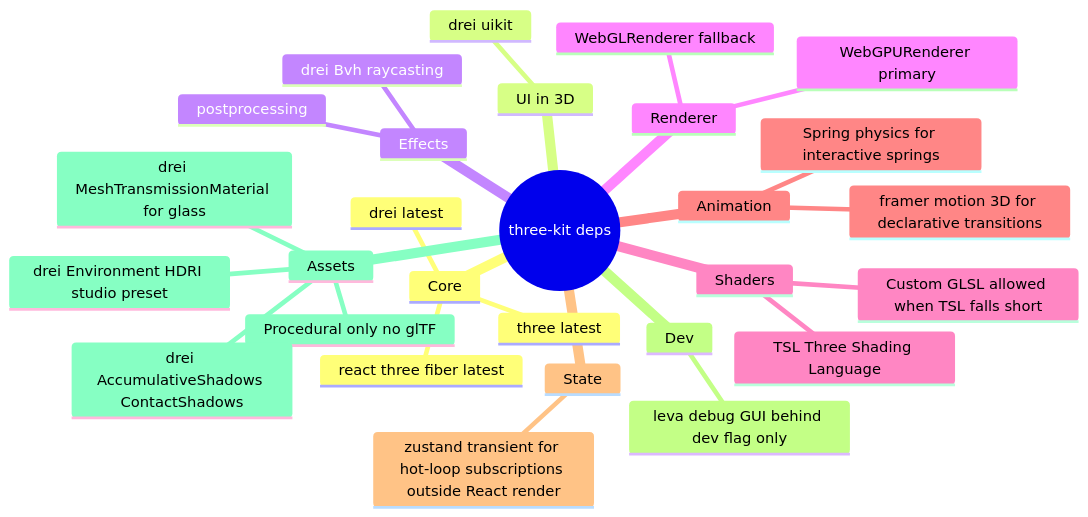
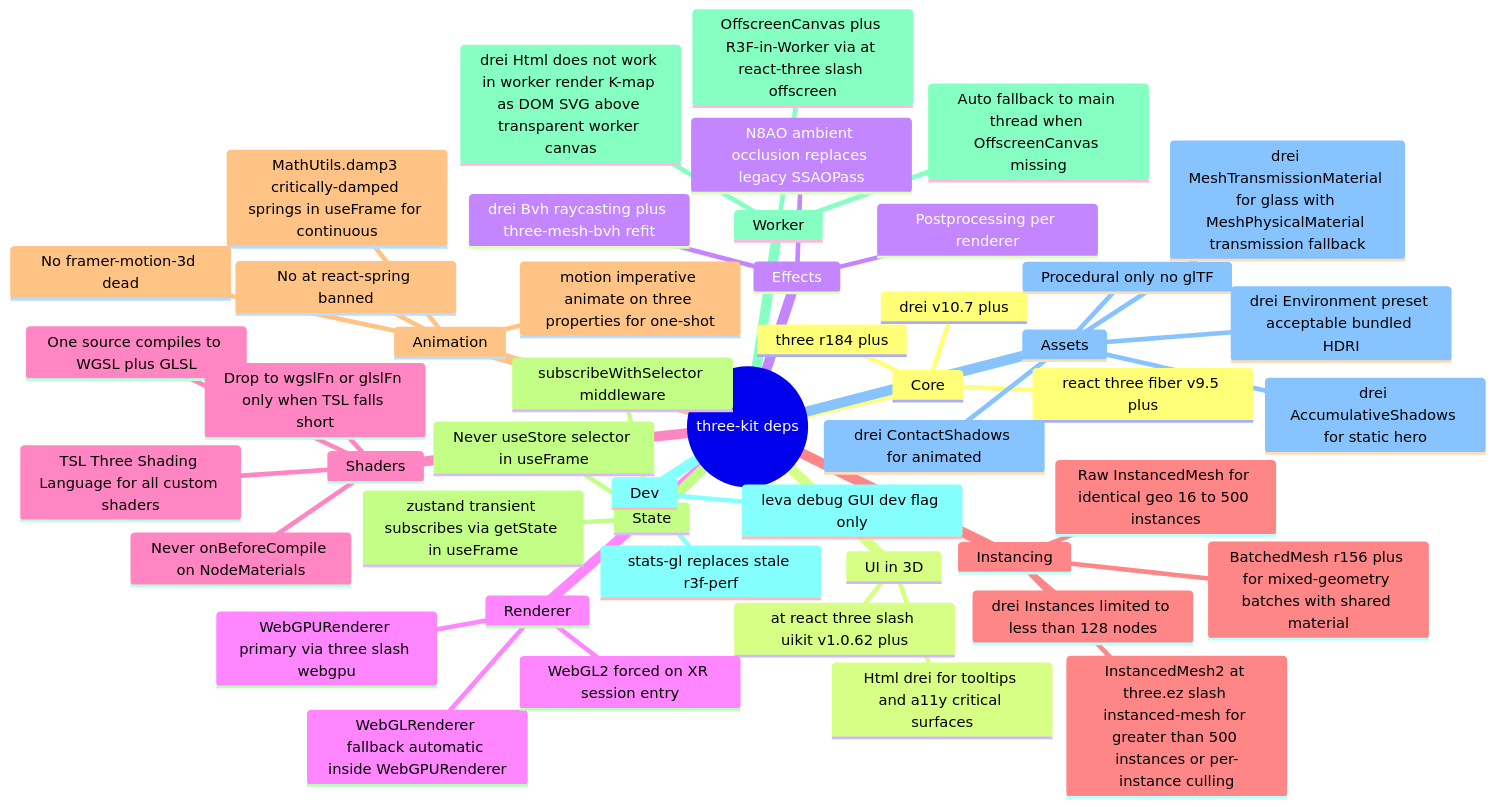
Before and after one commit to 1qh/simdocs: the diagram in adr/three-stack.md, drawn with Mermaid. The commit also changed other lines of this file and 15 other files, not shown here.

````diff
--- a/adr/three-stack.md
+++ b/adr/three-stack.md
@@ -5,31 +5,51 @@
 ```mermaid
 mindmap
   root((three-kit deps))
     Core
-      three latest
-      react three fiber latest
-      drei latest
+      three r184 plus
+      react three fiber v9.5 plus
+      drei v10.7 plus
     UI in 3D
-      drei uikit
+      at react three slash uikit v1.0.62 plus
+      Html drei for tooltips and a11y critical surfaces
     Effects
-      postprocessing
-      drei Bvh raycasting
+      Postprocessing per renderer
+      drei Bvh raycasting plus three-mesh-bvh refit
+      N8AO ambient occlusion replaces legacy SSAOPass
     Renderer
-      WebGPURenderer primary
-      WebGLRenderer fallback
+      WebGPURenderer primary via three slash webgpu
+      WebGLRenderer fallback automatic inside WebGPURenderer
+      WebGL2 forced on XR session entry
     Shaders
-      TSL Three Shading Language
-      Custom GLSL allowed when TSL falls short
+      TSL Three Shading Language for all custom shaders
+      One source compiles to WGSL plus GLSL
+      Drop to wgslFn or glslFn only when TSL falls short
+      Never onBeforeCompile on NodeMaterials
+    Instancing
+      Raw InstancedMesh for identical geo 16 to 500 instances
+      InstancedMesh2 at three.ez slash instanced-mesh for greater than 500 instances or per-instance culling
+      BatchedMesh r156 plus for mixed-geometry batches with shared material
+      drei Instances limited to less than 128 nodes
     Animation
-      framer motion 3D for declarative transitions
-      Spring physics for interactive springs
+      motion imperative animate on three properties for one-shot
+      MathUtils.damp3 critically-damped springs in useFrame for continuous
+      No framer-motion-3d dead
+      No at react-spring banned
     State
-      zustand transient for hot-loop subscriptions outside React render
+      zustand transient subscribes via getState in useFrame
+      subscribeWithSelector middleware
+      Never useStore selector in useFrame
+    Worker
+      OffscreenCanvas plus R3F-in-Worker via at react-three slash offscreen
+      Auto fallback to main thread when OffscreenCanvas missing
+      drei Html does not work in worker render K-map as DOM SVG above transparent worker canvas
     Dev
-      leva debug GUI behind dev flag only
+      stats-gl replaces stale r3f-perf
+      leva debug GUI dev flag only
     Assets
       Procedural only no glTF
-      drei AccumulativeShadows ContactShadows
-      drei Environment HDRI studio preset
-      drei MeshTransmissionMaterial for glass
+      drei AccumulativeShadows for static hero
+      drei ContactShadows for animated
+      drei Environment preset acceptable bundled HDRI
+      drei MeshTransmissionMaterial for glass with MeshPhysicalMaterial transmission fallback
 ```
````
